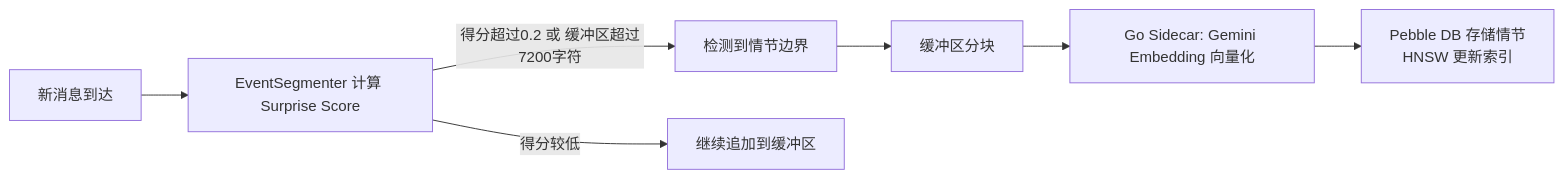
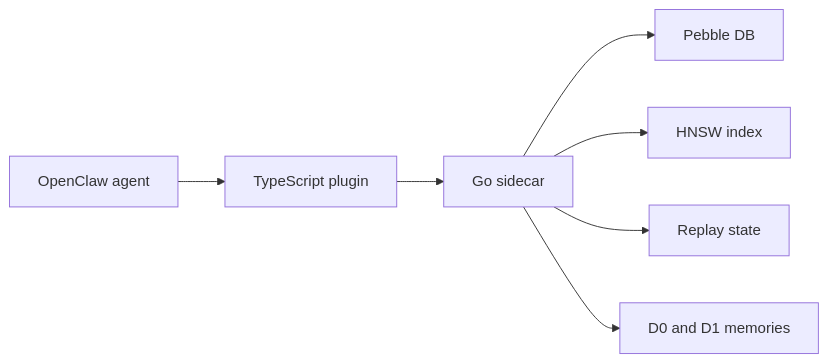
One commit to YoshiaKefasu/episodic-claw changed the diagram in README.zh.md. Above: the diagram before and after it, drawn with Mermaid. The commit also changed other lines of this file and 2 other files, not shown here.

````diff
--- a/README.zh.md
+++ b/README.zh.md
@@ -73,9 +58,9 @@
 ```mermaid
 flowchart LR
-    A[新消息到达] --> B[EventSegmenter 计算 Surprise Score]
-    B -->|得分超过0.2 或 缓冲区超过7200字符| C[检测到情节边界]
-    C --> D[缓冲区分块]
-    D --> E[Go Sidecar: Gemini Embedding 向量化]
-    E --> F[Pebble DB 存储情节\nHNSW 更新索引]
-    B -->|得分较低| G[继续追加到缓冲区]
+    A["OpenClaw agent"] --> B["TypeScript plugin"]
+    B --> C["Go sidecar"]
+    C --> D["Pebble DB"]
+    C --> E["HNSW index"]
+    C --> F["Replay state"]
+    C --> G["D0 and D1 memories"]
 ```
````
